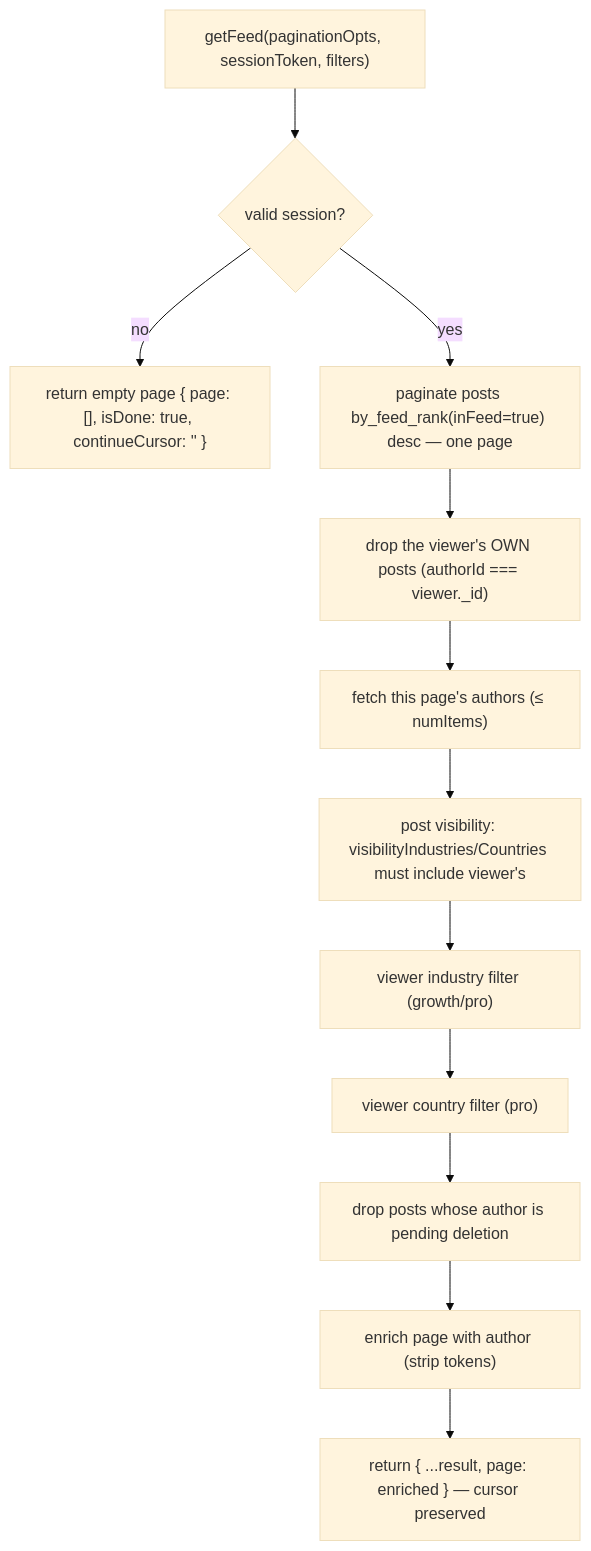
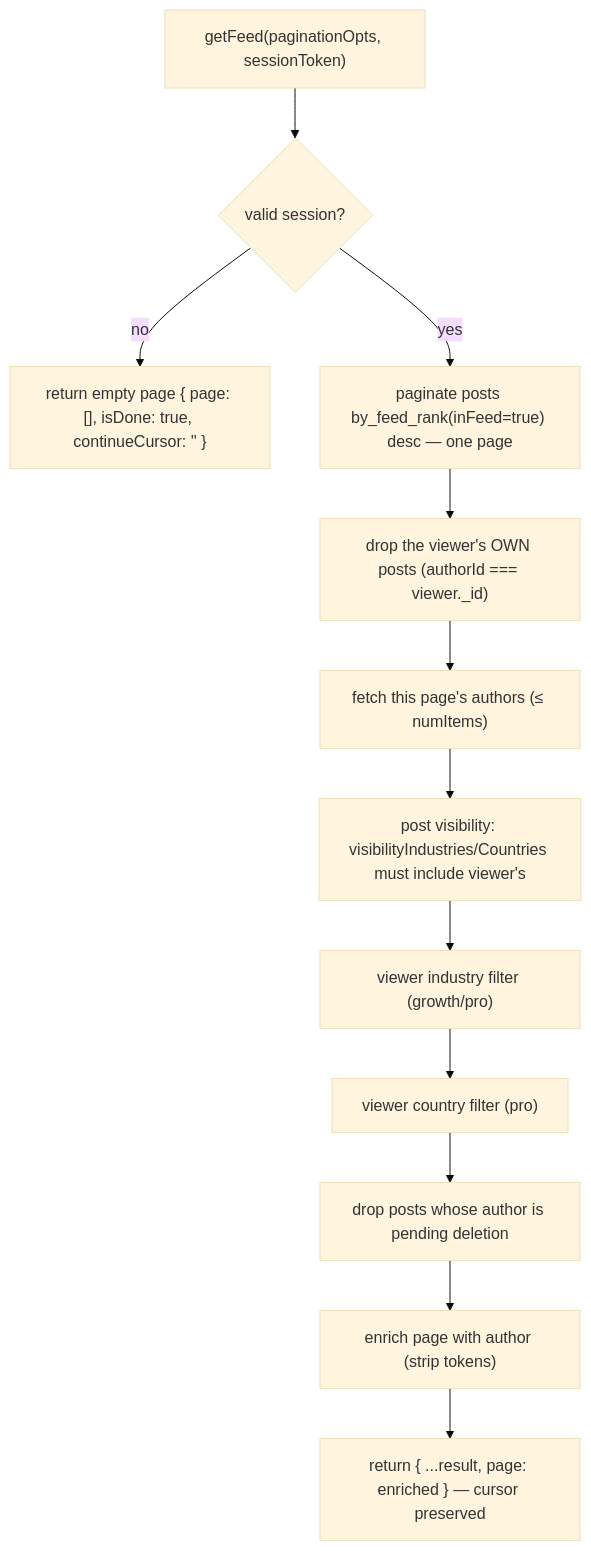
The tenth of 21 diagrams in docs/PLATFORM.md (henriko202/glowing-octo-guide), drawn with Mermaid (base theme) before and after one commit. The commit also changed other lines of this file and 19 other files, not shown here.

First line of the commit message:
feat(feed): introduce Pro/Contact feed filters for industry and country

````diff
--- a/docs/PLATFORM.md
+++ b/docs/PLATFORM.md
@@ -1374,14 +1381,14 @@
 ```mermaid
 flowchart TD
-    G["getFeed(paginationOpts, sessionToken, filters)"] --> AU{"valid session?"}
+    G["getFeed(paginationOpts, sessionToken)"] --> AU{"valid session?"}
     AU -->|no| EMPTY["return empty page { page: [], isDone: true, continueCursor: '' }"]
     AU -->|yes| BASE["paginate posts by_feed_rank(inFeed=true) desc — one page"]
     BASE --> F1["drop the viewer's OWN posts (authorId === viewer._id)"]
     F1 --> AUTHF["fetch this page's authors (≤ numItems)"]
     AUTHF --> F2["post visibility: visibilityIndustries/Countries must include viewer's"]
     F2 --> F3["viewer industry filter (growth/pro)"]
     F3 --> F4["viewer country filter (pro)"]
     F4 --> F5["drop posts whose author is pending deletion"]
     F5 --> ENR["enrich page with author (strip tokens)"]
     ENR --> RET["return { ...result, page: enriched } — cursor preserved"]
 ```
````
